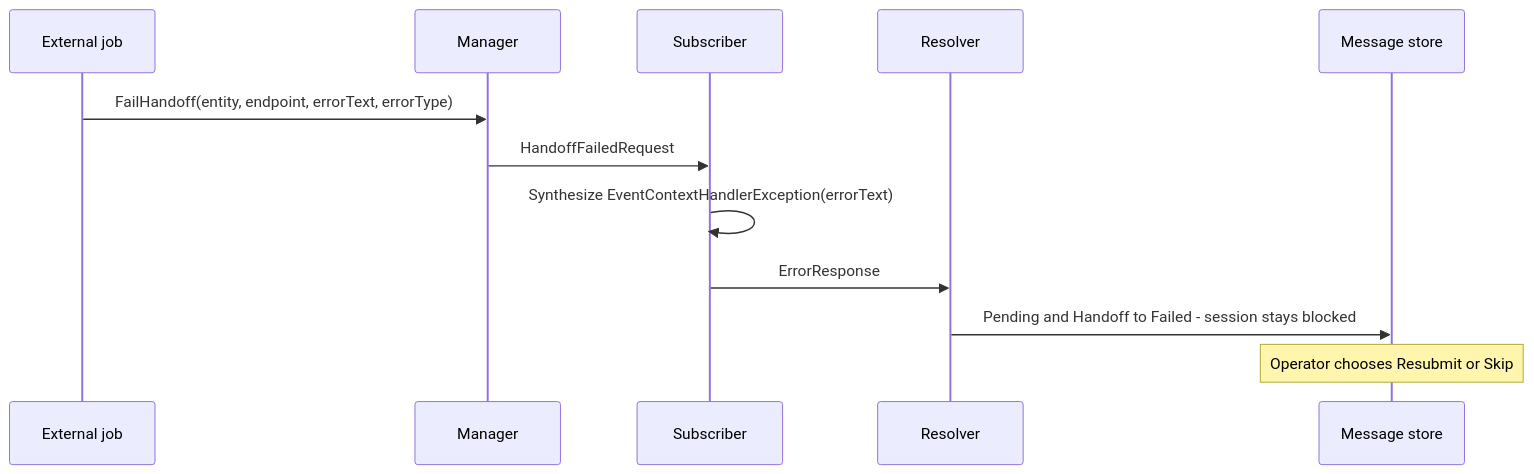
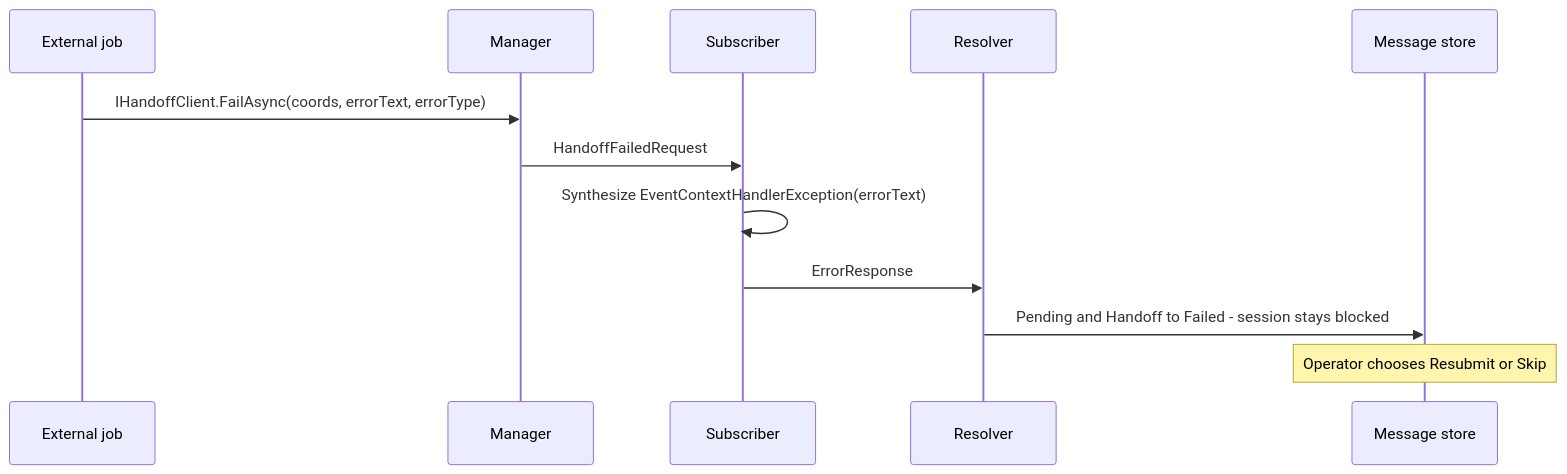
One commit to akakaule/NimBus changed the second of 2 diagrams in docs/pending-handoff.md. Above: the diagram before and after it, drawn with Mermaid. The commit also changed other lines of this file and 6 other files, not shown here.

````diff
--- a/docs/pending-handoff.md
+++ b/docs/pending-handoff.md
@@ -78,15 +78,15 @@
 ```mermaid
 sequenceDiagram
     participant DMF as External job
     participant Mgr as Manager
     participant Sub as Subscriber
     participant Res as Resolver
     participant DB as Message store
 
-    DMF->>Mgr: FailHandoff(entity, endpoint, errorText, errorType)
+    DMF->>Mgr: IHandoffClient.FailAsync(coords, errorText, errorType)
     Mgr->>Sub: HandoffFailedRequest
     Sub->>Sub: Synthesize EventContextHandlerException(errorText)
     Sub->>Res: ErrorResponse
     Res->>DB: Pending and Handoff to Failed - session stays blocked
     Note over DB: Operator chooses Resubmit or Skip
 ```
````
